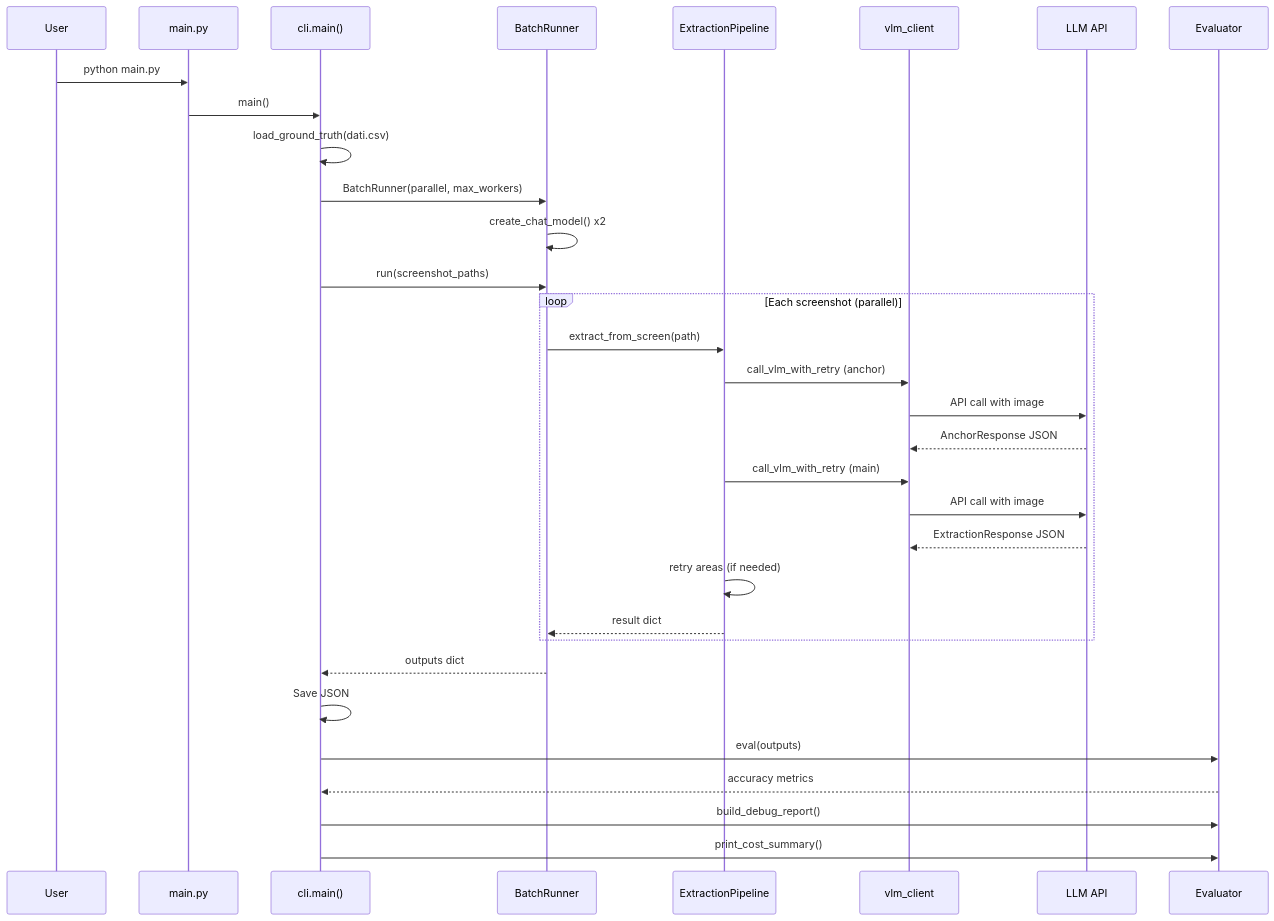
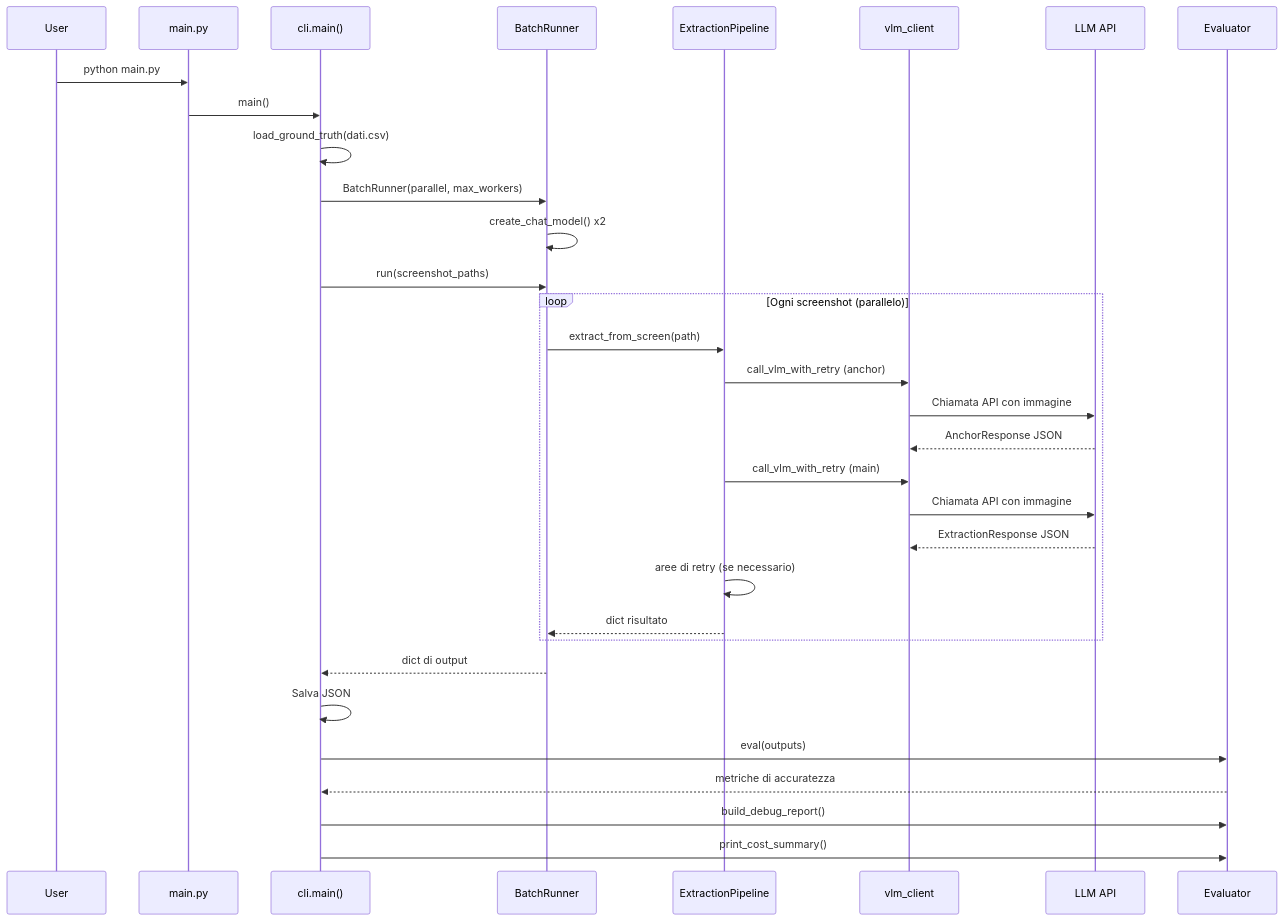
The second of 7 diagrams in docs-alfio/05-workflows.md (acaprino/MOL-BPER-OCR), drawn with Mermaid before and after one commit. The commit also changed other lines of this file and 13 other files, not shown here.

````diff
--- a/docs-alfio/05-workflows.md
+++ b/docs-alfio/05-workflows.md
@@ -53,35 +53,35 @@
 ```mermaid
 sequenceDiagram
     participant User
     participant main.py
     participant cli as cli.main()
     participant BR as BatchRunner
     participant EP as ExtractionPipeline
     participant VLM as vlm_client
     participant LLM as LLM API
     participant Eval as Evaluator
 
     User->>main.py: python main.py
     main.py->>cli: main()
     cli->>cli: load_ground_truth(dati.csv)
     cli->>BR: BatchRunner(parallel, max_workers)
     BR->>BR: create_chat_model() x2
     cli->>BR: run(screenshot_paths)
-    loop Each screenshot (parallel)
+    loop Ogni screenshot (parallelo)
         BR->>EP: extract_from_screen(path)
         EP->>VLM: call_vlm_with_retry (anchor)
-        VLM->>LLM: API call with image
+        VLM->>LLM: Chiamata API con immagine
         LLM-->>VLM: AnchorResponse JSON
         EP->>VLM: call_vlm_with_retry (main)
-        VLM->>LLM: API call with image
+        VLM->>LLM: Chiamata API con immagine
         LLM-->>VLM: ExtractionResponse JSON
-        EP->>EP: retry areas (if needed)
-        EP-->>BR: result dict
+        EP->>EP: aree di retry (se necessario)
+        EP-->>BR: dict risultato
     end
-    BR-->>cli: outputs dict
-    cli->>cli: Save JSON
+    BR-->>cli: dict di output
+    cli->>cli: Salva JSON
     cli->>Eval: eval(outputs)
-    Eval-->>cli: accuracy metrics
+    Eval-->>cli: metriche di accuratezza
     cli->>Eval: build_debug_report()
     cli->>Eval: print_cost_summary()
 ```
````
